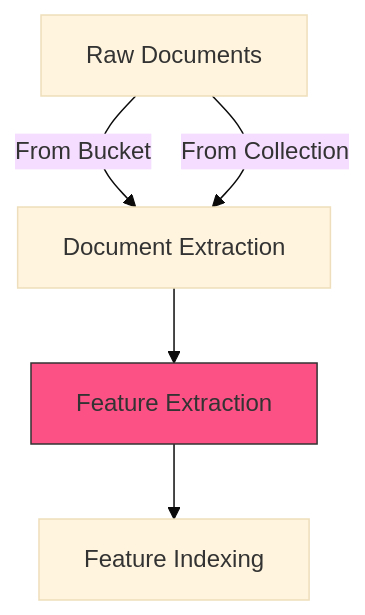
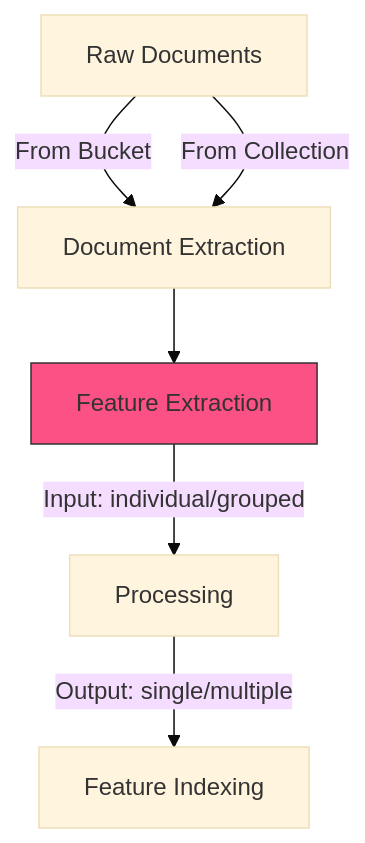
The diagram in processing/feature-extractors.mdx (mixpeek/docs), drawn with Mermaid (base theme) before and after one commit. The commit also changed other lines of this file, not shown here.

````diff
--- a/processing/feature-extractors.mdx
+++ b/processing/feature-extractors.mdx
@@ -41,8 +48,9 @@
   ```mermaid
   graph TD
     A[Raw Documents] -->|From Bucket| B[Document Extraction]
     A -->|From Collection| B
     B --> C[Feature Extraction]
-    C --> D[Feature Indexing]
+    C -->|Input: individual/grouped| D[Processing]
+    D -->|Output: single/multiple| E[Feature Indexing]
     style C fill:#FC5185,stroke:#333
   ```
````
